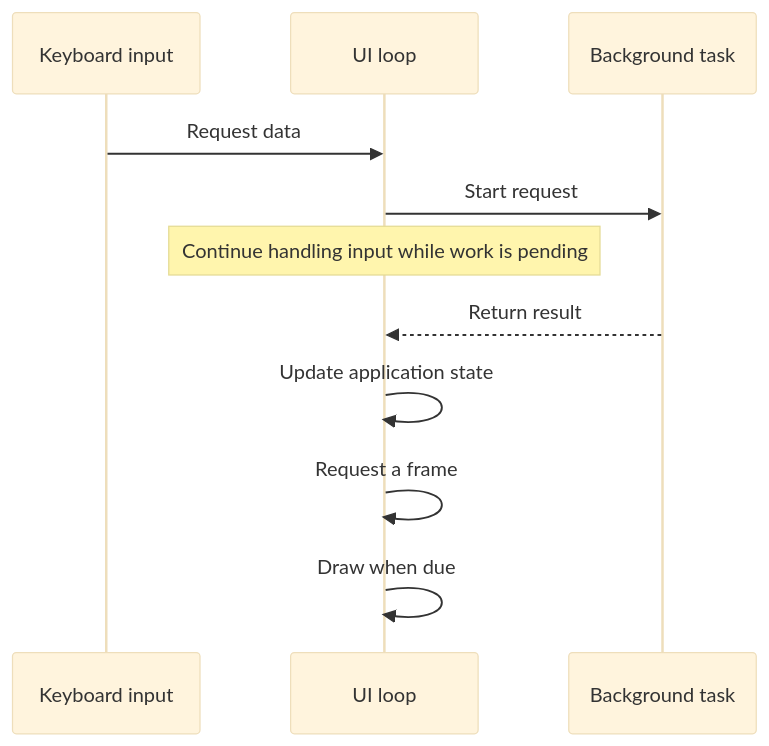
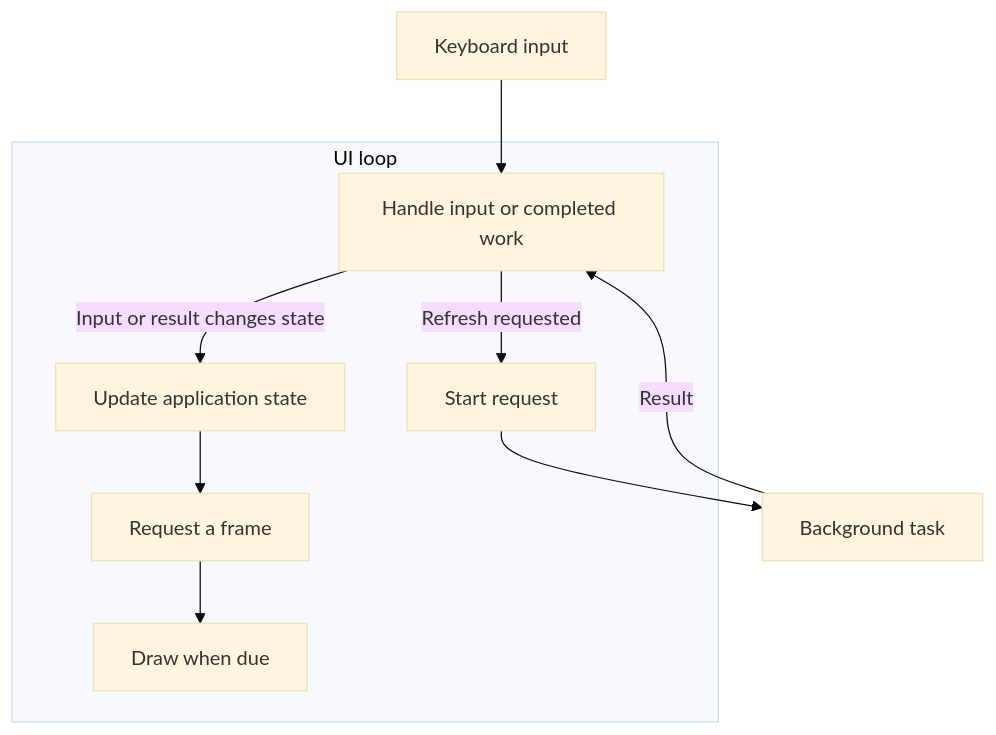
One commit to ratatui/ratatui-website changed the diagram in src/content/docs/concepts/async/index.md. Above: the diagram before and after it, drawn with Mermaid (base theme). The commit also changed other lines of this file, not shown here.

Commit message:
docs: explain async terms through the UI flow

````diff
--- a/src/content/docs/concepts/async/index.md
+++ b/src/content/docs/concepts/async/index.md
@@ -33,13 +37,13 @@
 ```mermaid
-sequenceDiagram
-    participant Input as Keyboard input
-    participant UI as UI loop
-    participant Worker as Background task
-    Input->>UI: Request data
-    UI->>Worker: Start request
-    Note over UI: Continue handling input while work is pending
-    Worker-->>UI: Return result
-    UI->>UI: Update application state
-    UI->>UI: Request a frame
-    UI->>UI: Draw when due
+flowchart TD
+    Input[Keyboard input] --> Events
+    subgraph UI[UI loop]
+        Events[Handle input or completed work]
+        Events -->|Refresh requested| Start[Start request]
+        Events -->|Input or result changes state| Update[Update application state]
+        Update --> Dirty[Request a frame]
+        Dirty --> Draw[Draw when due]
+    end
+    Start --> Worker[Background task]
+    Worker -->|Result| Events
 ```
````
